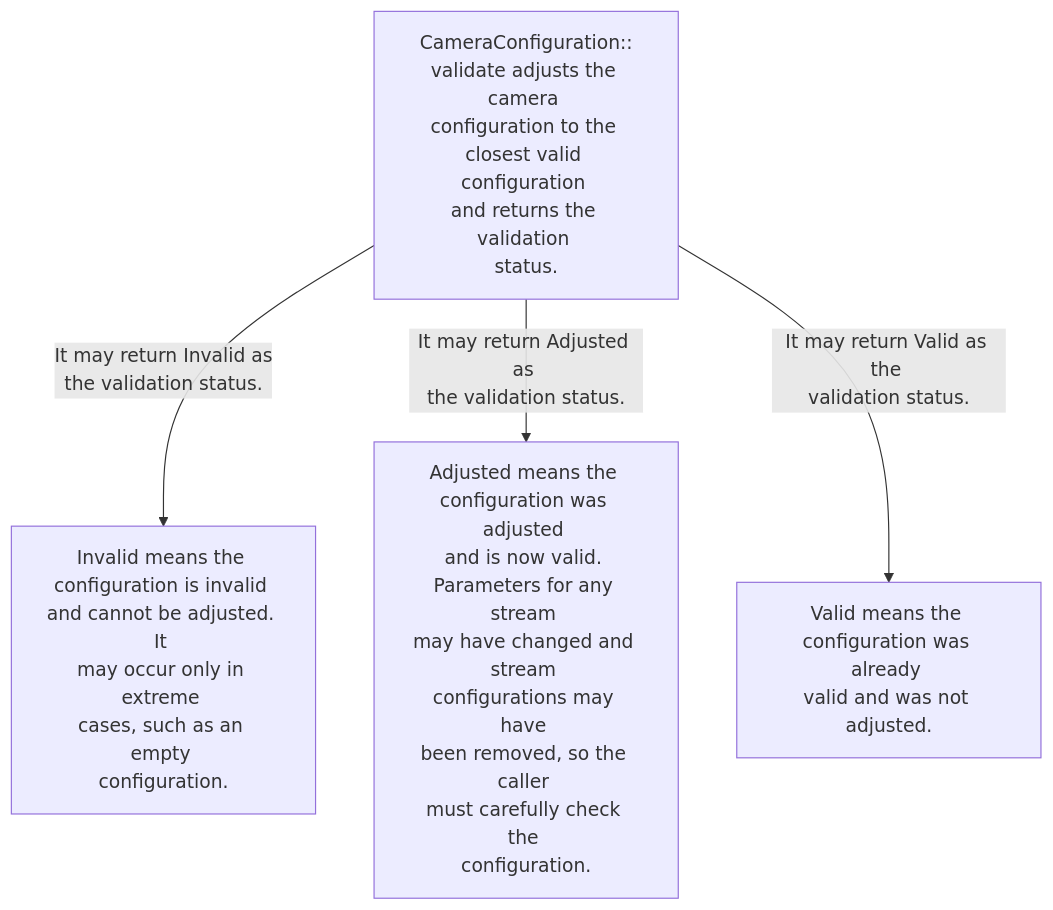
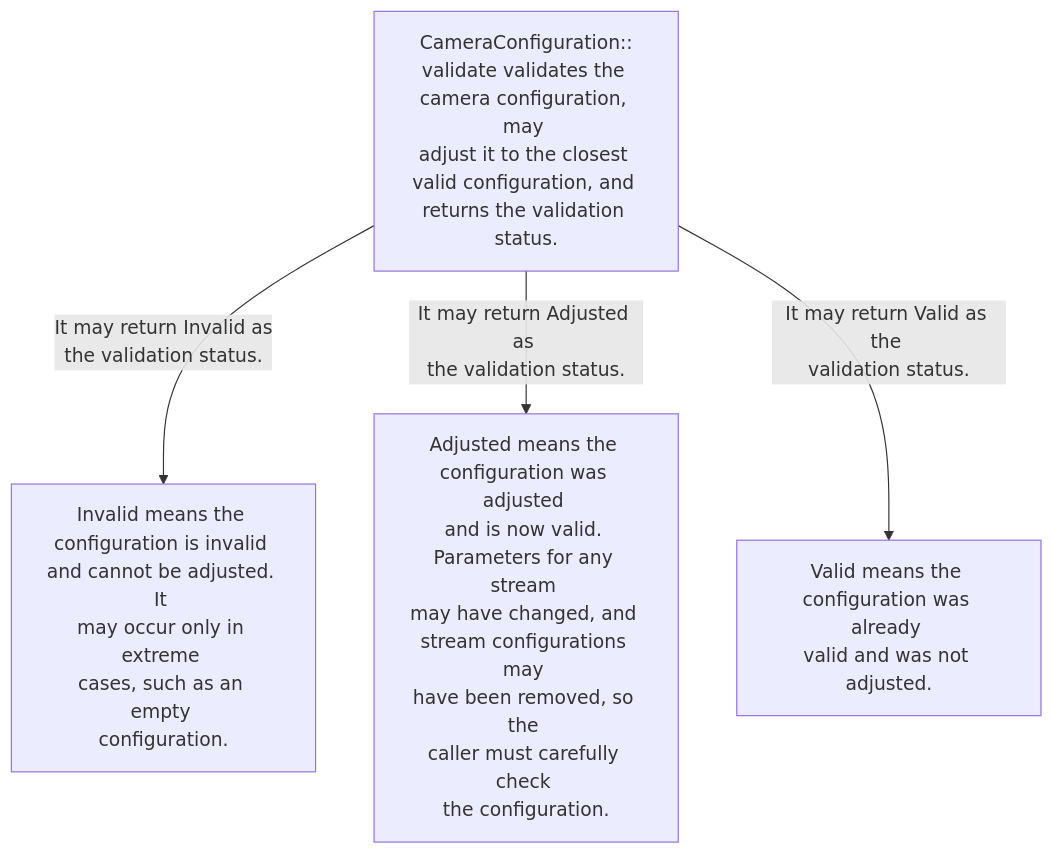
The diagram in docs/en/vendor-assurance.validation-results.mmd (TTolsun/libcamera-sdd), drawn with Mermaid before and after one commit. The commit also changed 25 other files, not shown here.

Commit message:
Add roles return diagram and verify causal semantic repairs

```diff
--- a/docs/en/vendor-assurance.validation-results.mmd
+++ b/docs/en/vendor-assurance.validation-results.mmd
@@ -1,9 +1,9 @@
 flowchart TB
 
-  v_n0["CameraConfiguration::<br/>validate adjusts the camera <br/>configuration to the <br/>closest valid configuration <br/>and returns the validation <br/>status."]
+  v_n0["CameraConfiguration::<br/>validate validates the <br/>camera configuration, may <br/>adjust it to the closest <br/>valid configuration, and <br/>returns the validation <br/>status."]
   v_n1["Invalid means the <br/>configuration is invalid <br/>and cannot be adjusted. It <br/>may occur only in extreme <br/>cases, such as an empty <br/>configuration."]
-  v_n2["Adjusted means the <br/>configuration was adjusted <br/>and is now valid. <br/>Parameters for any stream <br/>may have changed and stream <br/>configurations may have <br/>been removed, so the caller <br/>must carefully check the <br/>configuration."]
+  v_n2["Adjusted means the <br/>configuration was adjusted <br/>and is now valid. <br/>Parameters for any stream <br/>may have changed, and <br/>stream configurations may <br/>have been removed, so the <br/>caller must carefully check <br/>the configuration."]
   v_n3["Valid means the <br/>configuration was already <br/>valid and was not adjusted."]
   v_n0 -->|"It may return Invalid as <br/>the validation status."| v_n1
   v_n0 -->|"It may return Adjusted as <br/>the validation status."| v_n2
   v_n0 -->|"It may return Valid as the <br/>validation status."| v_n3
```
